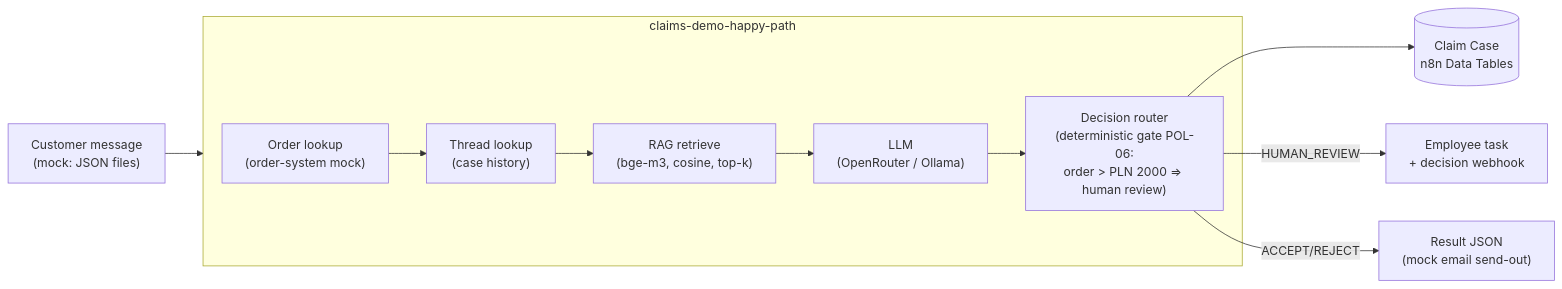
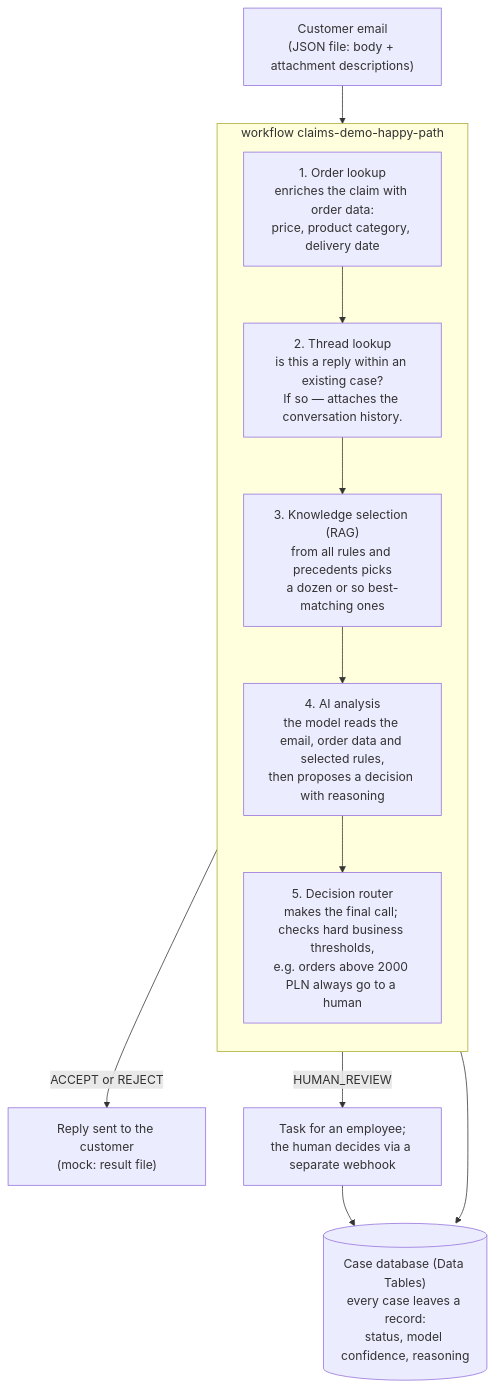
Before and after one commit to PiotrB99/n8n-claims-automation: the second of 2 diagrams in README.en.md, drawn with Mermaid. The commit also changed other lines of this file and 108 other files, not shown here.

````diff
--- a/README.en.md
+++ b/README.en.md
@@ -69,15 +176,24 @@
 ```mermaid
-flowchart LR
-    IN["Customer message<br/>(mock: JSON files)"] --> HP
+flowchart TD
+    MAIL["Customer email<br/>(JSON file: body + attachment descriptions)"]
 
-    subgraph HP["claims-demo-happy-path"]
-        OL["Order lookup<br/>(order-system mock)"] --> TL["Thread lookup<br/>(case history)"]
-        TL --> RAG["RAG retrieve<br/>(bge-m3, cosine, top-k)"]
-        RAG --> LLM["LLM<br/>(OpenRouter / Ollama)"]
-        LLM --> DR["Decision router<br/>(deterministic gate POL-06:<br/>order > PLN 2000 ⇒ human review)"]
+    subgraph WF["workflow claims-demo-happy-path"]
+        direction TB
+        OL["1. Order lookup<br/>enriches the claim with order data:<br/>price, product category, delivery date"]
+        OL --> TL
+        TL["2. Thread lookup<br/>is this a reply within an existing case?<br/>If so — attaches the conversation history."]
+        TL --> RAG
+        RAG["3. Knowledge selection (RAG)<br/>from all rules and precedents picks<br/>a dozen or so best-matching ones"]
+        RAG --> AI
+        AI["4. AI analysis<br/>the model reads the email, order data and selected rules,<br/>then proposes a decision with reasoning"]
+        AI --> DR
+        DR["5. Decision router<br/>makes the final call; checks hard business thresholds,<br/>e.g. orders above 2000 PLN always go to a human"]
     end
 
-    DR --> CC[("Claim Case<br/>n8n Data Tables")]
-    DR -- HUMAN_REVIEW --> HR["Employee task<br/>+ decision webhook"]
-    DR -- ACCEPT/REJECT --> OUT["Result JSON<br/>(mock email send-out)"]
+    MAIL --> OL
+
+    DR -->|"ACCEPT or REJECT"| REPLY["Reply sent to the customer<br/>(mock: result file)"]
+    DR -->|"HUMAN_REVIEW"| HUMAN["Task for an employee;<br/>the human decides via a separate webhook"]
+    HUMAN --> DB
+    DR --> DB[("Case database (Data Tables)<br/>every case leaves a record:<br/>status, model confidence, reasoning")]
 ```
````
